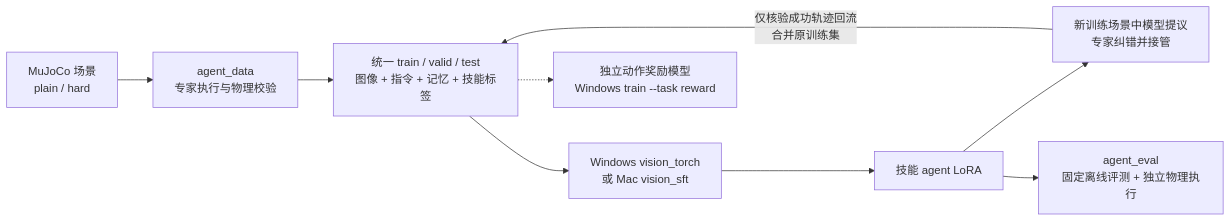
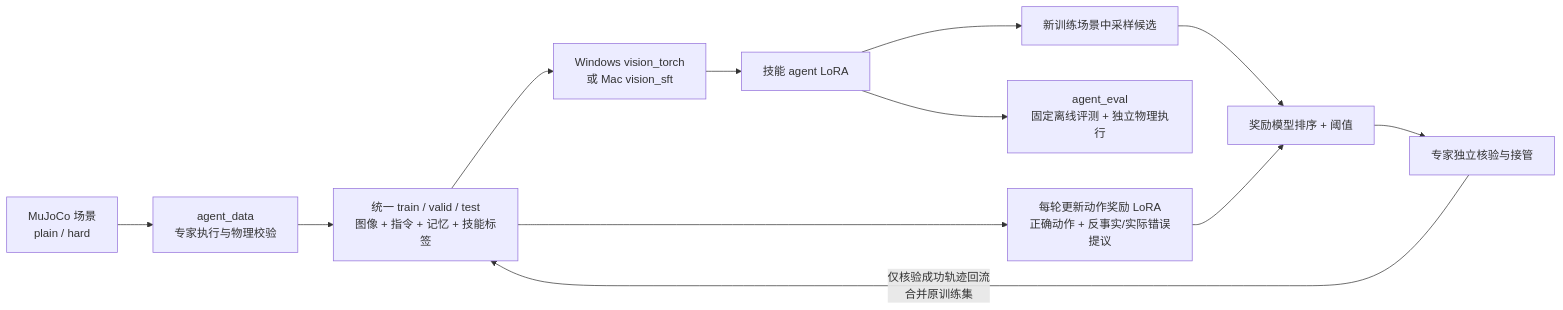
One commit to atlasmarkz/microduck-qwen changed the second of 2 diagrams in README.md. Above: the diagram before and after it, drawn with Mermaid. The commit also changed other lines of this file and 19 other files, not shown here.

````diff
--- a/README.md
+++ b/README.md
@@ -53,11 +53,14 @@
 ```mermaid
 flowchart LR
     S["MuJoCo 场景<br/>plain / hard"] --> D["agent_data<br/>专家执行与物理校验"]
     D --> T["统一 train / valid / test<br/>图像 + 指令 + 记忆 + 技能标签"]
     T --> W["Windows vision_torch<br/>或 Mac vision_sft"]
     W --> A["技能 agent LoRA"]
-    A --> C["新训练场景中模型提议<br/>专家纠错并接管"]
+    A --> P["新训练场景中采样候选"]
+    P --> R["奖励模型排序 + 阈值"]
+    R --> C["专家独立核验与接管"]
     C -->|"仅核验成功轨迹回流<br/>合并原训练集"| T
     A --> E["agent_eval<br/>固定离线评测 + 独立物理执行"]
-    T -.-> R["独立动作奖励模型<br/>Windows train --task reward"]
+    T --> RT["每轮更新动作奖励 LoRA<br/>正确动作 + 反事实/实际错误提议"]
+    RT --> R
 ```
````
